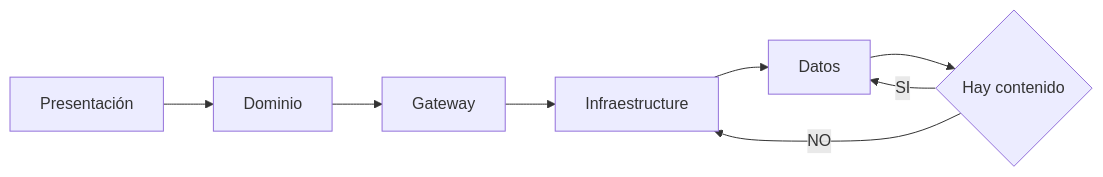
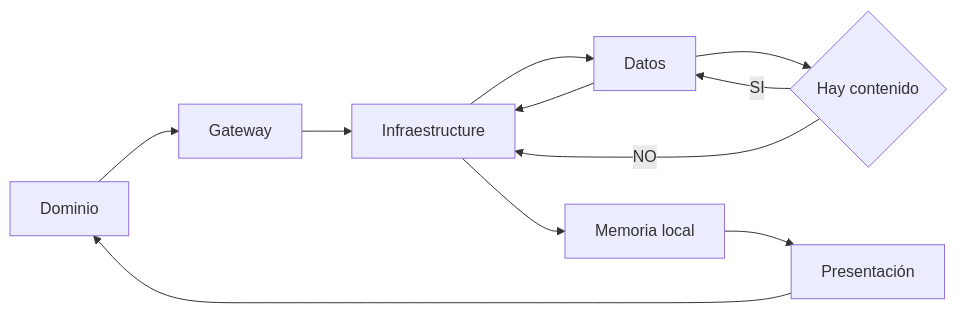
Before and after one commit to stivengm/README: the diagram in README.md, drawn with Mermaid.

````diff
--- a/README.md
+++ b/README.md
@@ -3,23 +3,28 @@
 ```mermaid
 
 graph LR;
 
 D[Dominio]
 A[Datos]
 I[Infraestructure]
 G[Gateway]
 P[Presentación]
 H{Hay contenido}
+M[Memoria local]
 
 P --> D
 D --> G
 G --> I
 I --> A
 A --> H
 
 H --> |SI| A
 H --> |NO| I
 
+A --> I
+
+I --> M
+M --> P
 
 
 ```
````
